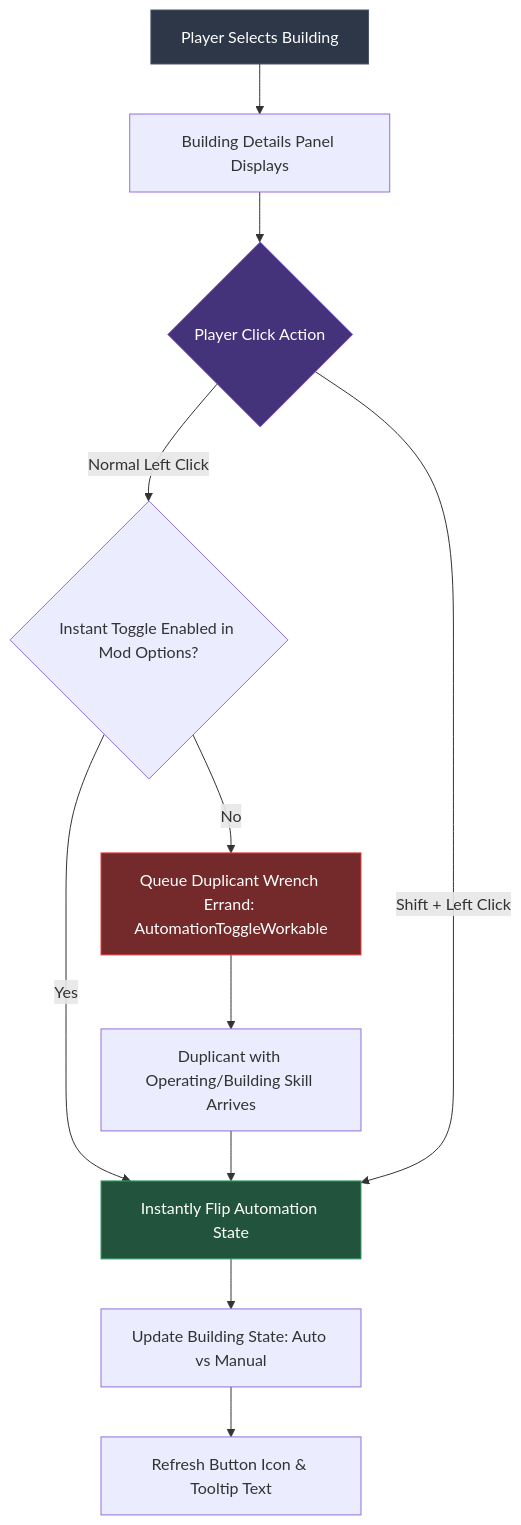
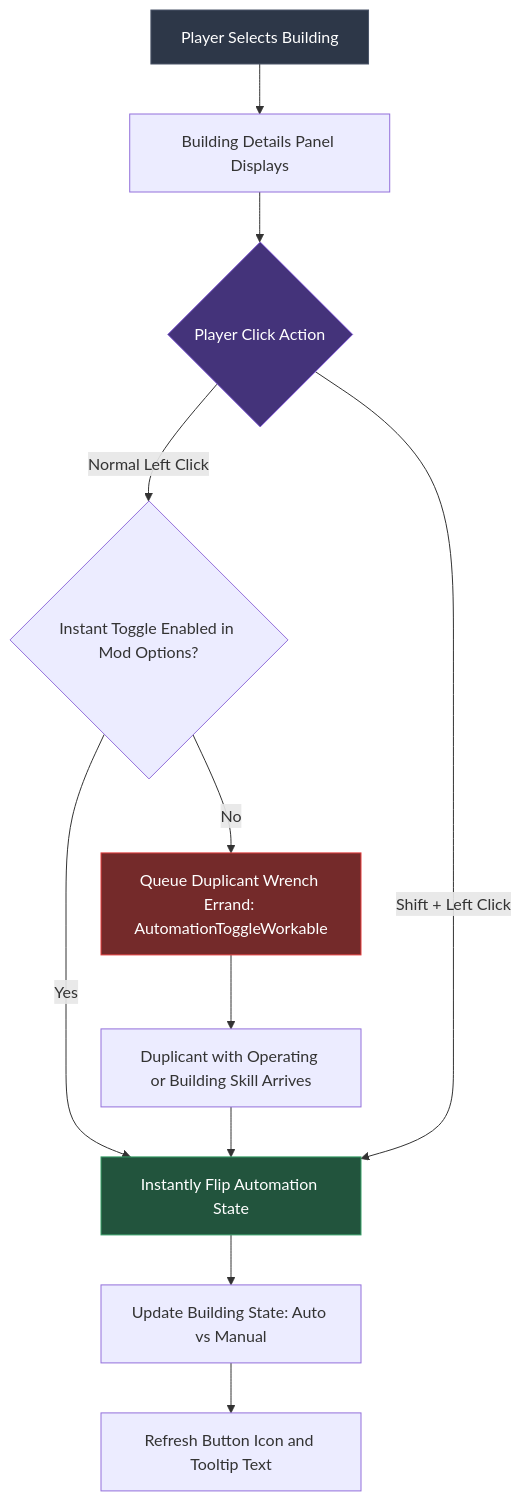
One commit to Eurekalo/Automatic_Industry changed the first of 2 diagrams in wiki/Building-Configuration-and-Controls.md. Above: the diagram before and after it, drawn with Mermaid. The commit also changed other lines of this file and 5 other files, not shown here.

Commit message:
docs(wiki): fix Mermaid diagram syntax and quoting for GitHub renderer

````diff
--- a/wiki/Building-Configuration-and-Controls.md
+++ b/wiki/Building-Configuration-and-Controls.md
@@ -60,18 +60,18 @@
 ```mermaid
 graph TD
-    A[Player Selects Building] --> B[Building Details Panel Displays]
-    B --> C{Player Click Action}
-    C -->|Normal Left Click| D{Instant Toggle Enabled in Mod Options?}
-    D -->|Yes| E[Instantly Flip Automation State]
-    D -->|No| F[Queue Duplicant Wrench Errand: AutomationToggleWorkable]
-    F --> G[Duplicant with Operating/Building Skill Arrives]
+    A["Player Selects Building"] --> B["Building Details Panel Displays"]
+    B --> C{"Player Click Action"}
+    C -->|Normal Left Click| D{"Instant Toggle Enabled in Mod Options?"}
+    D -->|Yes| E["Instantly Flip Automation State"]
+    D -->|No| F["Queue Duplicant Wrench Errand: AutomationToggleWorkable"]
+    F --> G["Duplicant with Operating or Building Skill Arrives"]
     G --> E
     C -->|Shift + Left Click| E
-    E --> H[Update Building State: Auto vs Manual]
-    H --> I[Refresh Button Icon & Tooltip Text]
+    E --> H["Update Building State: Auto vs Manual"]
+    H --> I["Refresh Button Icon and Tooltip Text"]
 
     style A fill:#2d3748,stroke:#4a5568,color:#fff
     style C fill:#44337a,stroke:#805ad5,color:#fff
     style E fill:#22543d,stroke:#38a169,color:#fff
     style F fill:#742a2a,stroke:#e53e3e,color:#fff
 ```
````
